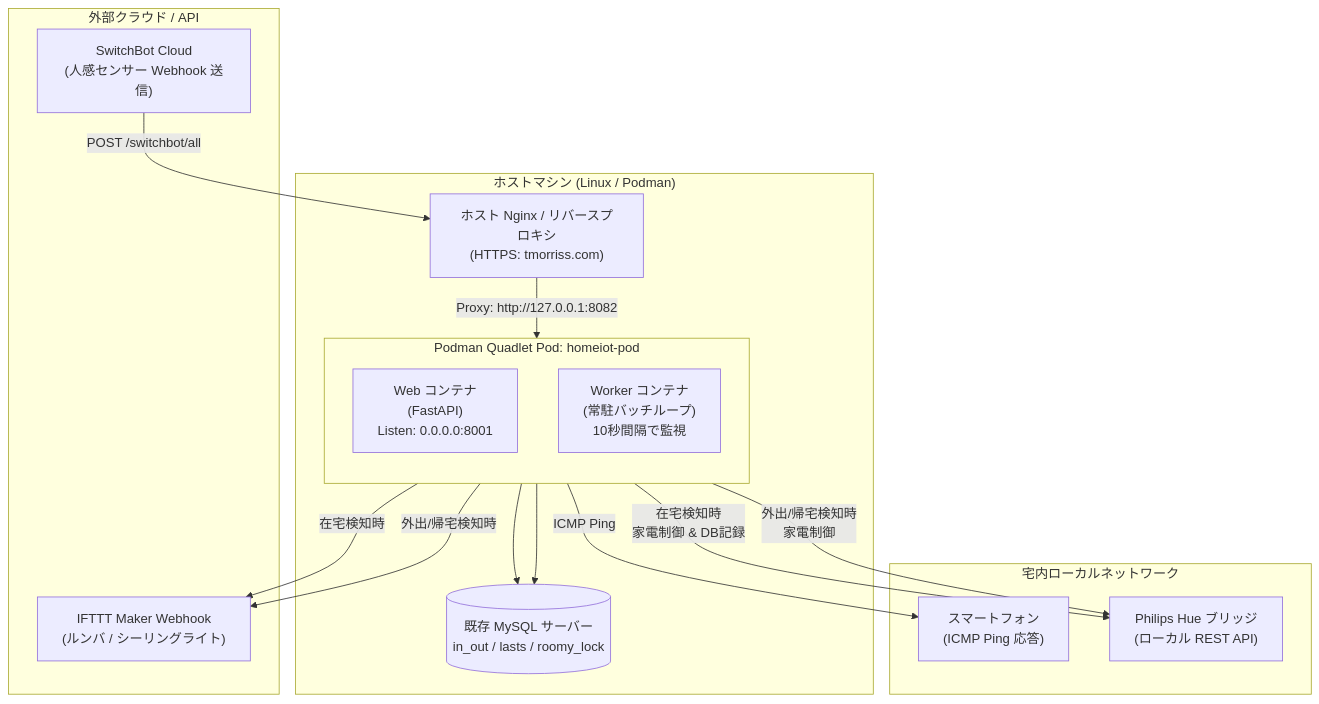
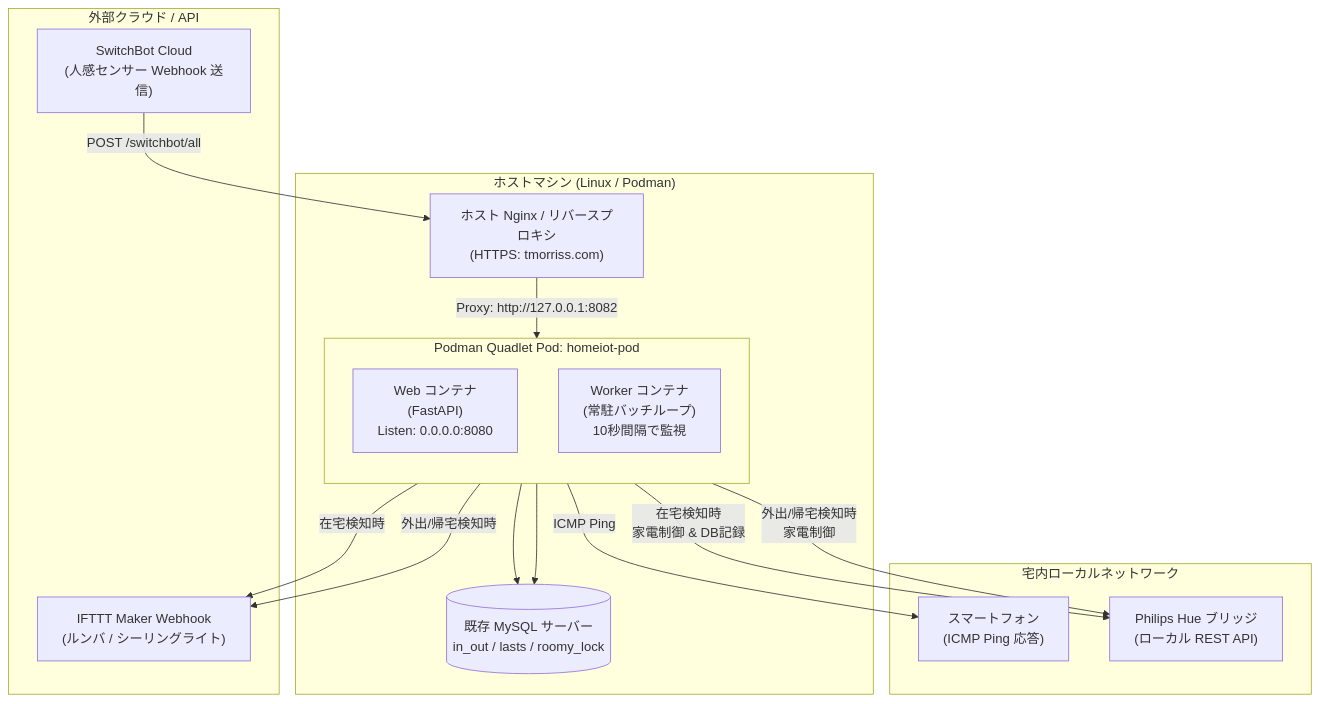
Before and after one commit to tMorriss/HomeIotManager: the first of 2 diagrams in docs/architecture.md, drawn with Mermaid. The commit also changed other lines of this file and 8 other files, not shown here.

````diff
--- a/docs/architecture.md
+++ b/docs/architecture.md
@@ -26,36 +26,36 @@
 ```mermaid
 flowchart TD
     subgraph Host["ホストマシン (Linux / Podman)"]
         Nginx["ホスト Nginx / リバースプロキシ\n(HTTPS: tmorriss.com)"]
         
         subgraph Pod["Podman Quadlet Pod: homeiot-pod"]
             direction TB
-            WebContainer["Web コンテナ\n(FastAPI)\nListen: 0.0.0.0:8001"]
+            WebContainer["Web コンテナ\n(FastAPI)\nListen: 0.0.0.0:8080"]
             WorkerContainer["Worker コンテナ\n(常駐バッチループ)\n10秒間隔で監視"]
         end
 
         MySQL[(既存 MySQL サーバー\nin_out / lasts / roomy_lock)]
     end
 
     subgraph LAN["宅内ローカルネットワーク"]
         Smartphones["スマートフォン\n(ICMP Ping 応答)"]
         HueBridge["Philips Hue ブリッジ\n(ローカル REST API)"]
     end
 
     subgraph External["外部クラウド / API"]
         SwitchBotCloud["SwitchBot Cloud\n(人感センサー Webhook 送信)"]
         IFTTT["IFTTT Maker Webhook\n(ルンバ / シーリングライト)"]
     end
 
     %% 通信フロー
     SwitchBotCloud -->|"POST /switchbot/all"| Nginx
     Nginx -->|"Proxy: http://127.0.0.1:8082"| WebContainer
     WebContainer -->|"在宅検知時\n家電制御 & DB記録"| HueBridge
     WebContainer -->|"在宅検知時"| IFTTT
     WebContainer --> MySQL
 
     WorkerContainer -->|"ICMP Ping"| Smartphones
     WorkerContainer -->|"外出/帰宅検知時\n家電制御"| HueBridge
     WorkerContainer -->|"外出/帰宅検知時"| IFTTT
     WorkerContainer --> MySQL
 ```
````
